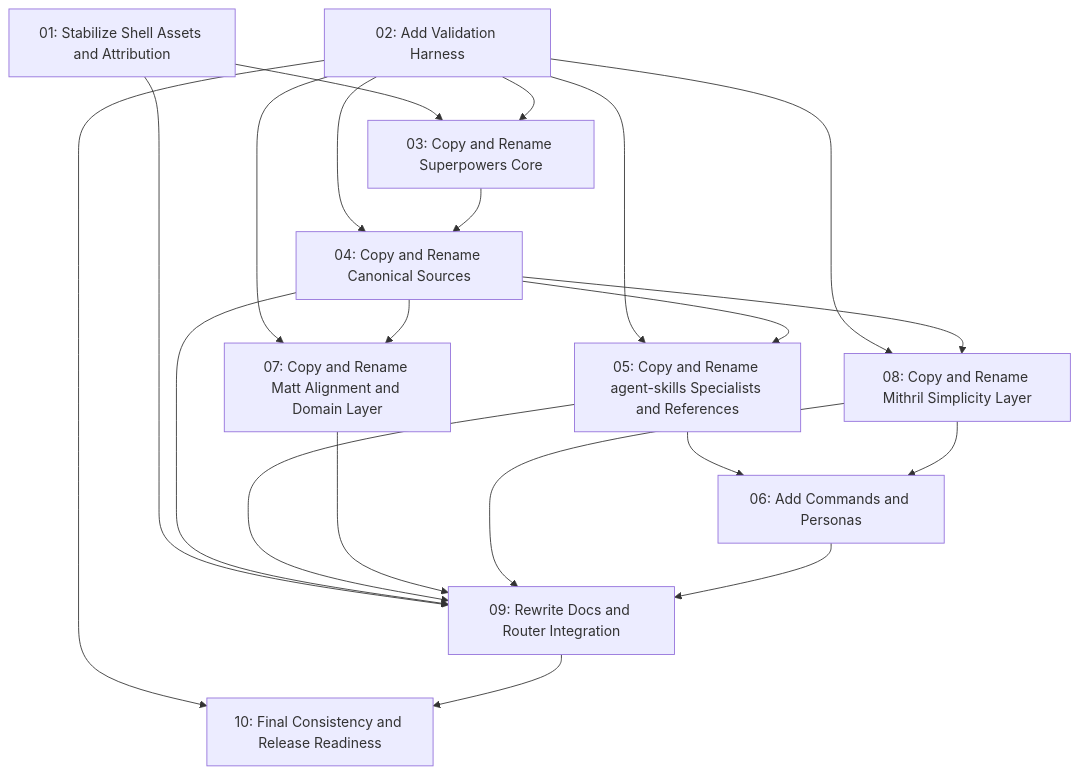
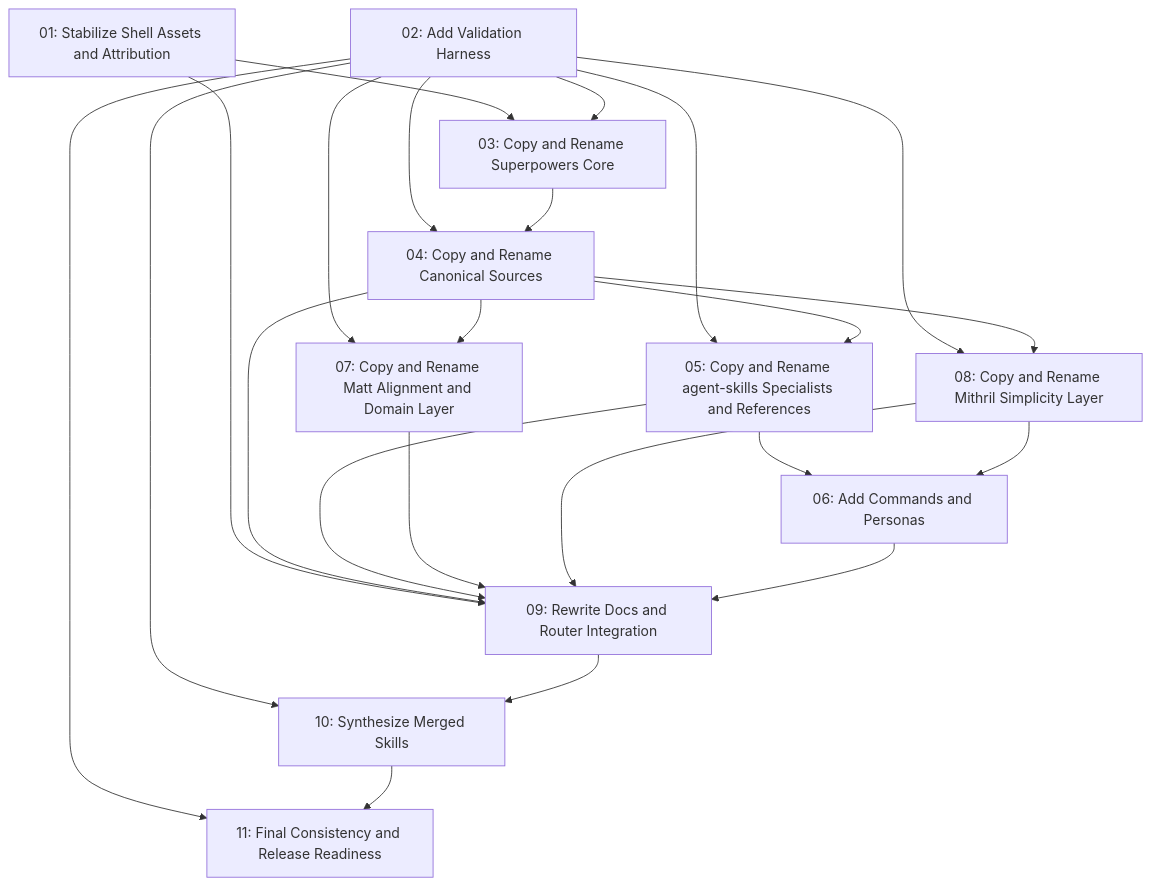
The diagram in docs/specs/2026-06-24-mithril-merge/README.md (J03Fr0st/mithril), drawn with Mermaid before and after one commit. The commit also changed other lines of this file and 8 other files, not shown here.

````diff
--- a/docs/specs/2026-06-24-mithril-merge/README.md
+++ b/docs/specs/2026-06-24-mithril-merge/README.md
@@ -17,33 +17,36 @@
 ```mermaid
 graph TD
     task01["01: Stabilize Shell Assets and Attribution"]
     task02["02: Add Validation Harness"]
     task03["03: Copy and Rename Superpowers Core"]
     task04["04: Copy and Rename Canonical Sources"]
     task05["05: Copy and Rename agent-skills Specialists and References"]
     task06["06: Add Commands and Personas"]
     task07["07: Copy and Rename Matt Alignment and Domain Layer"]
     task08["08: Copy and Rename Mithril Simplicity Layer"]
     task09["09: Rewrite Docs and Router Integration"]
-    task10["10: Final Consistency and Release Readiness"]
+    task10["10: Synthesize Merged Skills"]
+    task11["11: Final Consistency and Release Readiness"]
     task01 --> task03
     task01 --> task09
     task02 --> task03
     task02 --> task04
     task02 --> task05
     task02 --> task07
     task02 --> task08
     task02 --> task10
+    task02 --> task11
     task03 --> task04
     task04 --> task05
     task04 --> task07
     task04 --> task08
     task04 --> task09
     task05 --> task06
     task05 --> task09
     task07 --> task09
     task08 --> task06
     task08 --> task09
     task06 --> task09
     task09 --> task10
+    task10 --> task11
 ```
````
